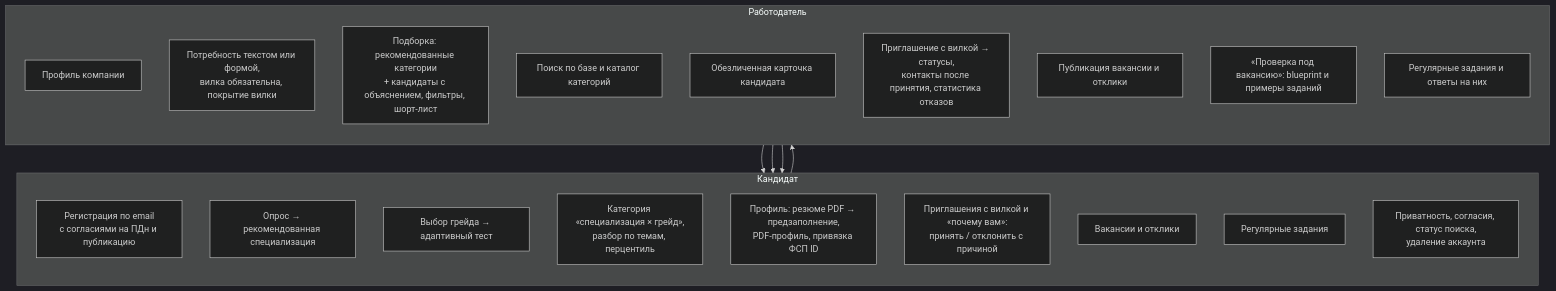
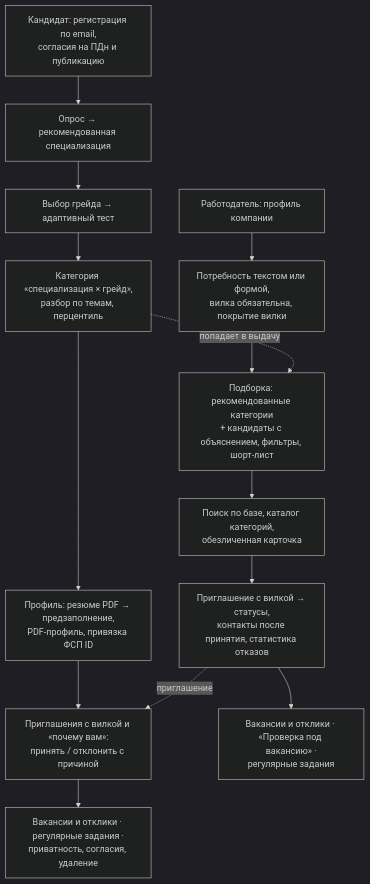
One commit to bojlahg/FSP_ITVacancyAggregator changed the first of 6 diagrams in docs/architecture.md. Above: the diagram before and after it, drawn with Mermaid (dark theme). The commit also changed other lines of this file and 6 other files, not shown here.

First line of the commit message:
docs: PDF build — Markdown and Mermaid rendered in Chromium with brand fonts, make docs-pdf; readable architecture diagrams

````diff
--- a/docs/architecture.md
+++ b/docs/architecture.md
@@ -9,31 +9,16 @@
 ```mermaid
 flowchart TB
-  subgraph Кандидат
-    direction TB
-    c1[Регистрация по email<br/>с согласиями на ПДн и публикацию]
-    c2[Опрос → рекомендованная специализация]
-    c3[Выбор грейда → адаптивный тест]
-    c4[Категория «специализация × грейд»,<br/>разбор по темам, перцентиль]
-    c5[Профиль: резюме PDF → предзаполнение,<br/>PDF-профиль, привязка ФСП ID]
-    c6[Приглашения с вилкой и «почему вам»:<br/>принять / отклонить с причиной]
-    c7[Вакансии и отклики]
-    c8[Регулярные задания]
-    c9[Приватность, согласия, статус поиска,<br/>удаление аккаунта]
-  end
-  subgraph Работодатель
-    direction TB
-    e1[Профиль компании]
-    e2[Потребность текстом или формой,<br/>вилка обязательна, покрытие вилки]
-    e3[Подборка: рекомендованные категории<br/>+ кандидаты с объяснением, фильтры, шорт-лист]
-    e4[Поиск по базе и каталог категорий]
-    e5[Обезличенная карточка кандидата]
-    e6[Приглашение с вилкой → статусы,<br/>контакты после принятия, статистика отказов]
-    e7[Публикация вакансии и отклики]
-    e8[«Проверка под вакансию»: blueprint и примеры заданий]
-    e9[Регулярные задания и ответы на них]
-  end
-  c4 --> e3
-  e6 --> c6
-  e7 --> c7
-  e9 --> c8
+  c1["Кандидат: регистрация по email,<br/>согласия на ПДн и публикацию"] --> c2[Опрос → рекомендованная специализация]
+  c2 --> c3[Выбор грейда → адаптивный тест]
+  c3 --> c4[Категория «специализация × грейд»,<br/>разбор по темам, перцентиль]
+  c4 --> c5[Профиль: резюме PDF → предзаполнение,<br/>PDF-профиль, привязка ФСП ID]
+  c5 --> c6[Приглашения с вилкой и «почему вам»:<br/>принять / отклонить с причиной]
+  c6 --> c7[Вакансии и отклики · регулярные задания ·<br/>приватность, согласия, удаление]
+  e1["Работодатель: профиль компании"] --> e2[Потребность текстом или формой,<br/>вилка обязательна, покрытие вилки]
+  e2 --> e3[Подборка: рекомендованные категории<br/>+ кандидаты с объяснением, фильтры, шорт-лист]
+  e3 --> e4[Поиск по базе, каталог категорий,<br/>обезличенная карточка]
+  e4 --> e5[Приглашение с вилкой → статусы,<br/>контакты после принятия, статистика отказов]
+  e5 --> e6[Вакансии и отклики · «Проверка под вакансию» ·<br/>регулярные задания]
+  c4 -. попадает в выдачу .-> e3
+  e5 -. приглашение .-> c6
 ```
````
